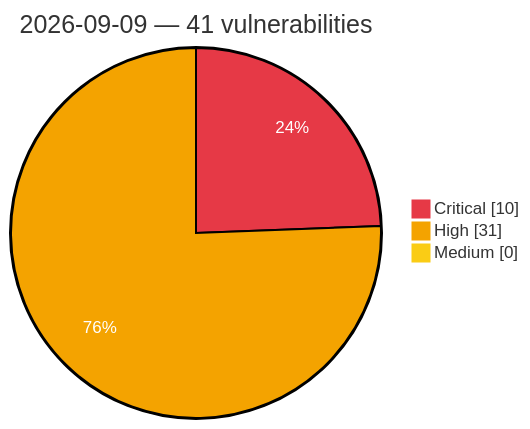
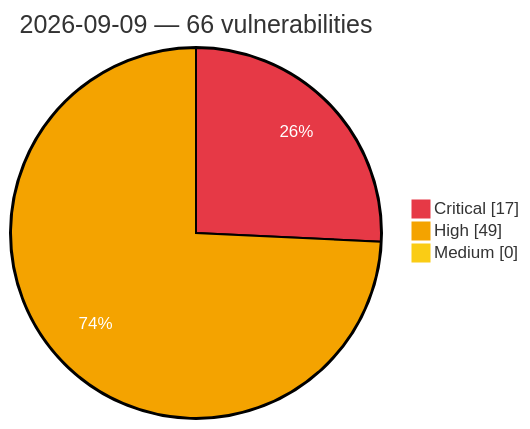
Before and after one commit to GhostX0X/vuln-tracker: the diagram in vulnerabilities/2026/September/2026-09-09.md, drawn with Mermaid. The commit also changed other lines of this file and 5 other files, not shown here.

Commit message:
Auto update: critical/high vulns (2026-09-09 18:35 UTC)

````diff
--- a/vulnerabilities/2026/September/2026-09-09.md
+++ b/vulnerabilities/2026/September/2026-09-09.md
@@ -3,8 +3,8 @@
 ```mermaid
 %%{init: {'theme':'base', 'themeVariables': {'pie1':'#e63946', 'pie2':'#f4a300', 'pie3':'#facc15', 'pieOpacity':'1', 'pieOuterStrokeWidth':'2px', 'pieSectionTextColor':'#ffffff'}}}%%
 pie showData
-    title 2026-09-09 — 41 vulnerabilities
-    "Critical" : 10
-    "High" : 31
+    title 2026-09-09 — 66 vulnerabilities
+    "Critical" : 17
+    "High" : 49
     "Medium" : 0
 ```
````
